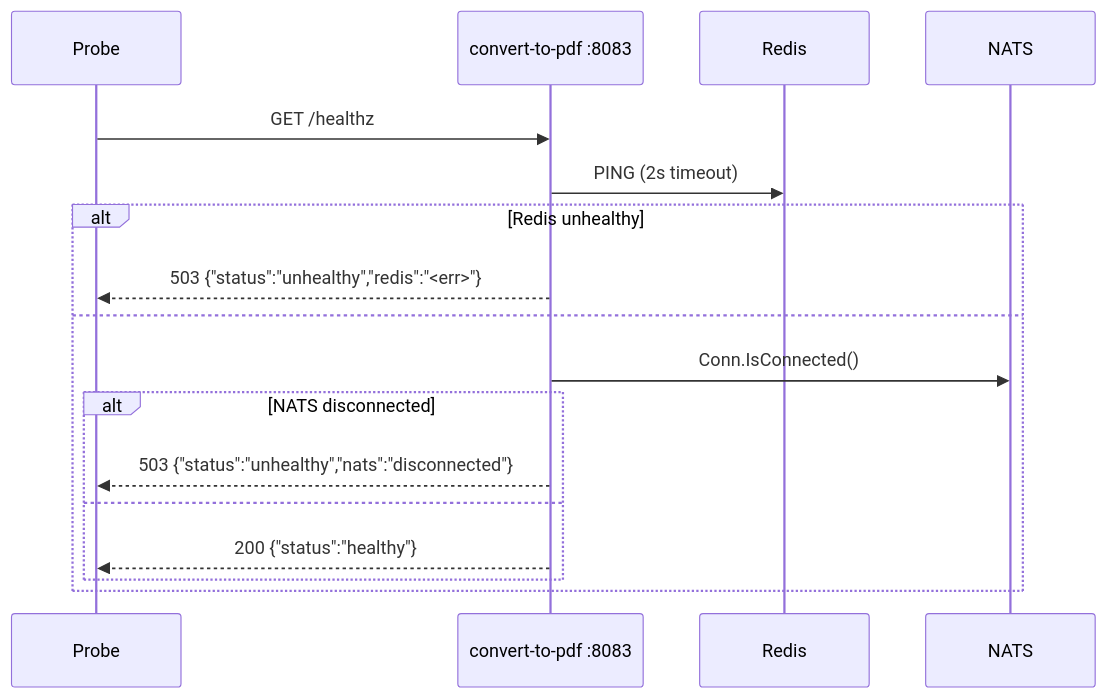
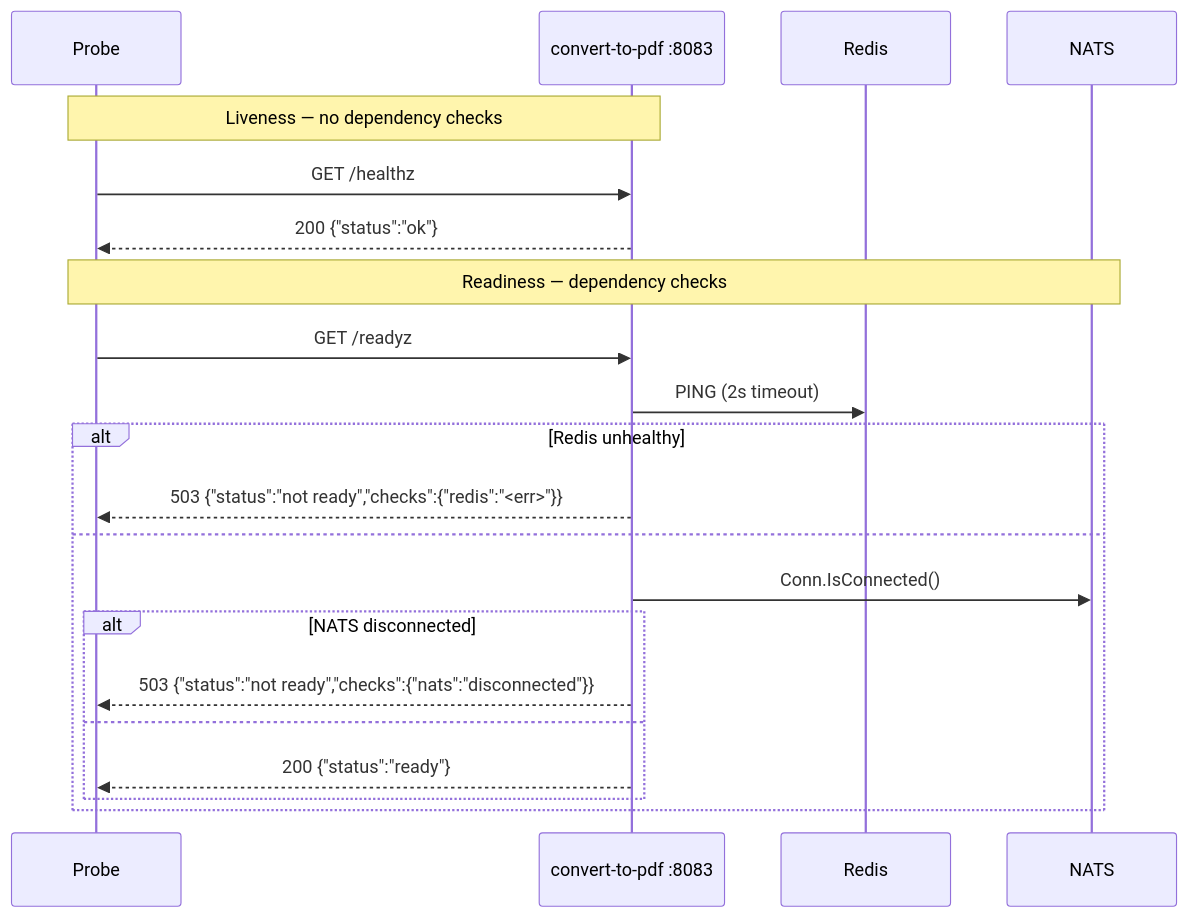
One commit to Prachidubey2003/fyredocs_backend changed the second of 2 diagrams in docs/developer/services/convert-to-pdf.md. Above: the diagram before and after it, drawn with Mermaid. The commit also changed other lines of this file and 47 other files, not shown here.

````diff
--- a/docs/developer/services/convert-to-pdf.md
+++ b/docs/developer/services/convert-to-pdf.md
@@ -241,20 +243,25 @@
 ```mermaid
 sequenceDiagram
     participant LB as Probe
     participant W as convert-to-pdf :8083
     participant R as Redis
     participant N as NATS
 
+    Note over LB,W: Liveness — no dependency checks
     LB->>W: GET /healthz
+    W-->>LB: 200 {"status":"ok"}
+
+    Note over LB,N: Readiness — dependency checks
+    LB->>W: GET /readyz
     W->>R: PING (2s timeout)
     alt Redis unhealthy
-        W-->>LB: 503 {"status":"unhealthy","redis":"<err>"}
+        W-->>LB: 503 {"status":"not ready","checks":{"redis":"<err>"}}
     else
         W->>N: Conn.IsConnected()
         alt NATS disconnected
-            W-->>LB: 503 {"status":"unhealthy","nats":"disconnected"}
+            W-->>LB: 503 {"status":"not ready","checks":{"nats":"disconnected"}}
         else
-            W-->>LB: 200 {"status":"healthy"}
+            W-->>LB: 200 {"status":"ready"}
         end
     end
 ```
````
